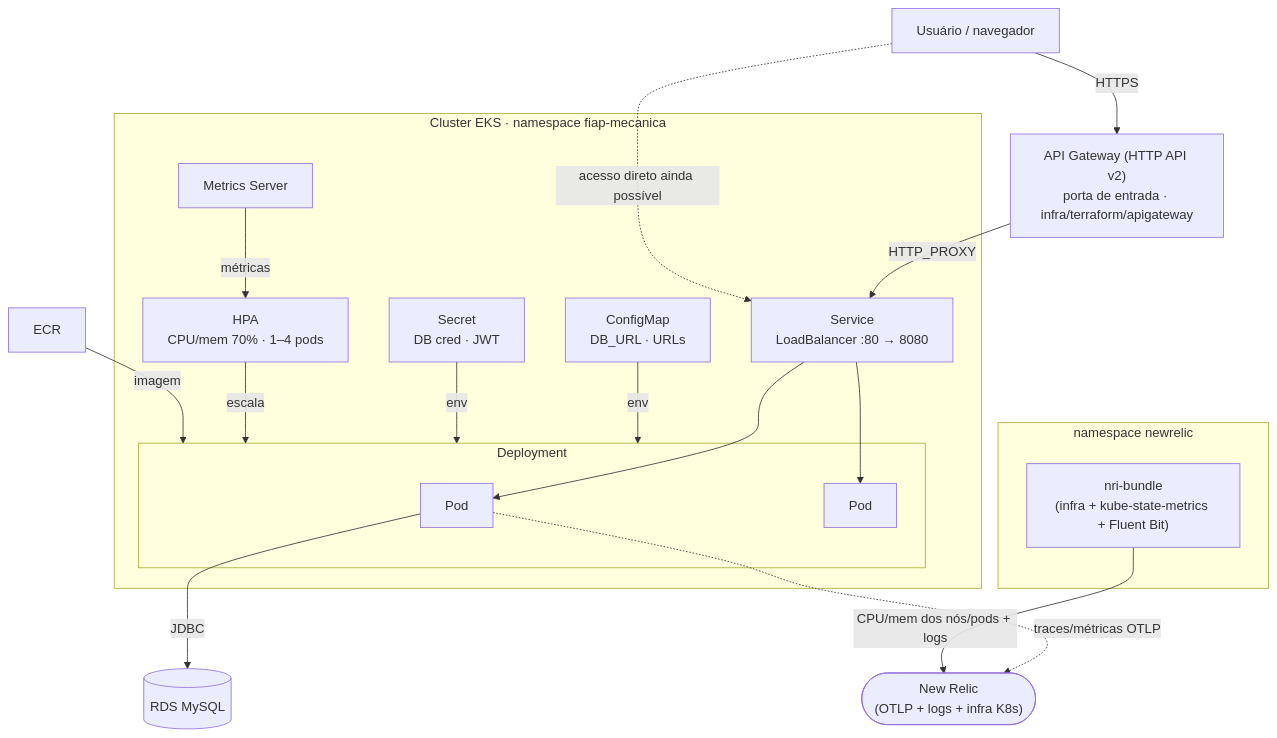
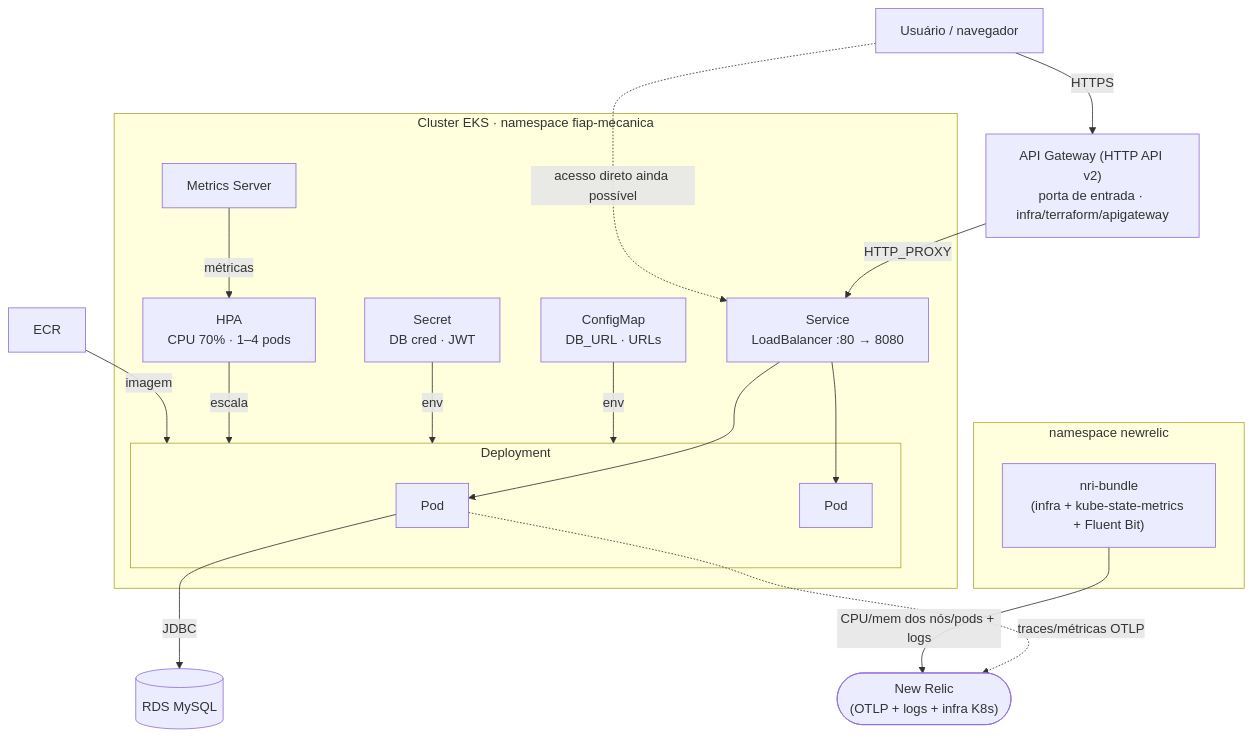
One commit to ArthurPeruzzo/fiap-mecanica changed the diagram in k8s/README.md. Above: the diagram before and after it, drawn with Mermaid. The commit also changed other lines of this file and 15 other files, not shown here.

````diff
--- a/k8s/README.md
+++ b/k8s/README.md
@@ -7,36 +7,36 @@
 ```mermaid
 graph TB
     User["Usuário / navegador"]
     APIGW["API Gateway (HTTP API v2)<br/>porta de entrada · infra/terraform/apigateway"]
 
     subgraph NS["Cluster EKS · namespace fiap-mecanica"]
         SVC["Service<br/>LoadBalancer :80 → 8080"]
         subgraph DEP["Deployment"]
             P1["Pod"]
             P2["Pod"]
         end
-        HPA["HPA<br/>CPU/mem 70% · 1–4 pods"]
+        HPA["HPA<br/>CPU 70% · 1–4 pods"]
         CM["ConfigMap<br/>DB_URL · URLs"]
         SEC["Secret<br/>DB cred · JWT"]
         MS["Metrics Server"]
     end
 
     subgraph NR["namespace newrelic"]
         NRB["nri-bundle<br/>(infra + kube-state-metrics + Fluent Bit)"]
     end
 
     ECR["ECR"]
     RDS[("RDS MySQL")]
     NEWRELIC(["New Relic<br/>(OTLP + logs + infra K8s)"])
 
     User -->|HTTPS| APIGW -->|HTTP_PROXY| SVC --> P1 & P2
     User -.->|acesso direto ainda possível| SVC
     CM -->|env| DEP
     SEC -->|env| DEP
     MS -->|métricas| HPA
     HPA -->|escala| DEP
     ECR -->|imagem| DEP
     P1 -->|JDBC| RDS
     P1 -.->|traces/métricas OTLP| NEWRELIC
     NRB -->|CPU/mem dos nós/pods + logs| NEWRELIC
 ```
````
